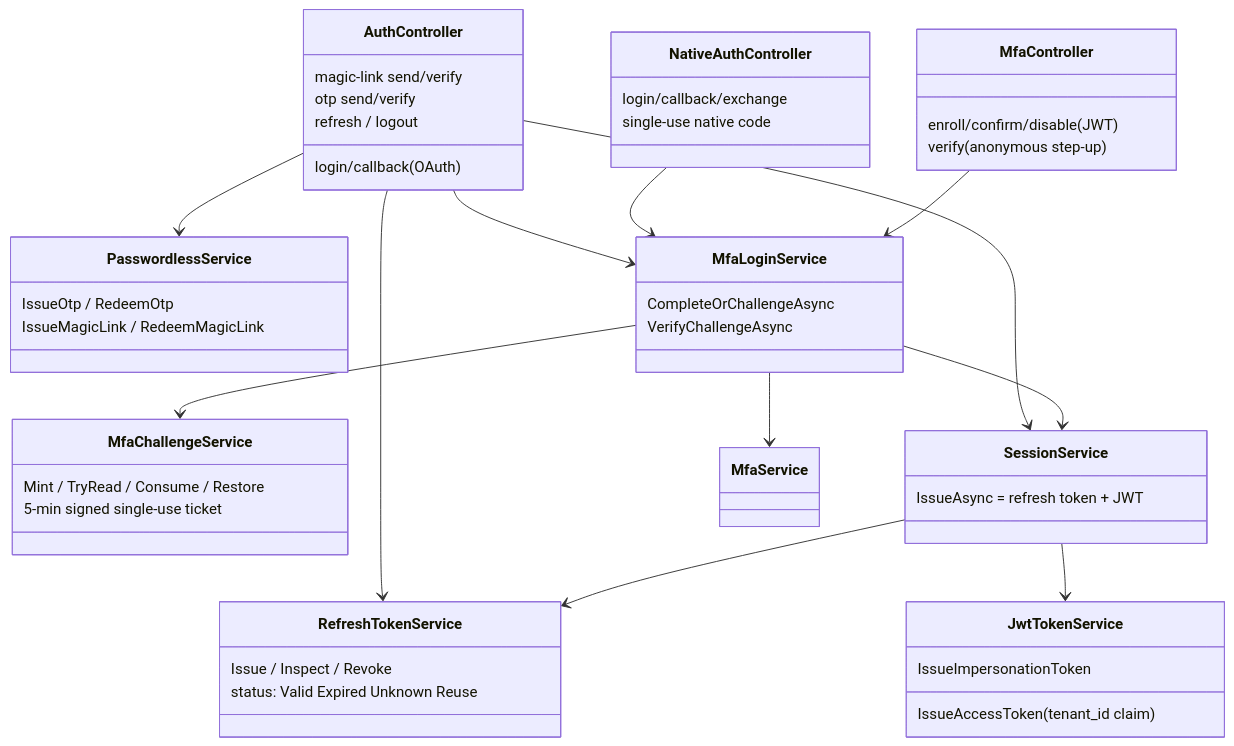
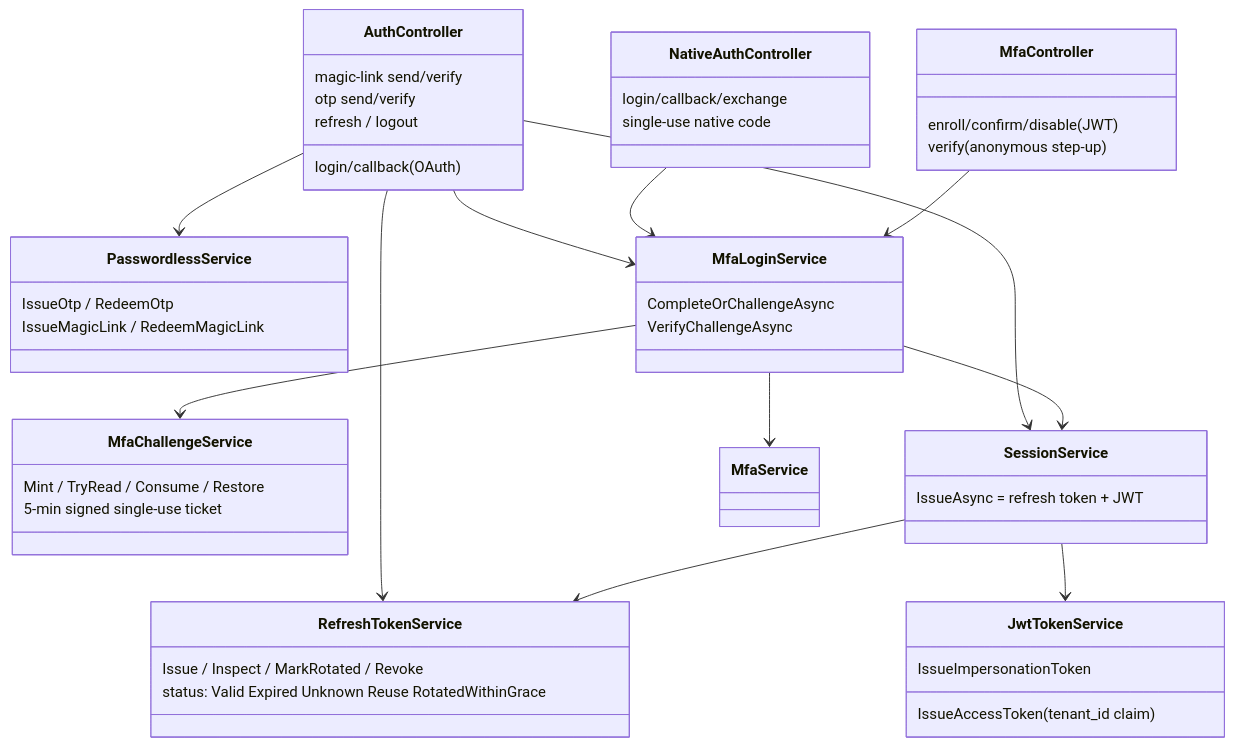
The fourth of 8 diagrams in docs/ARCHITECTURE.md (argamboad/vuelto), drawn with Mermaid before and after one commit. The commit also changed other lines of this file and 31 other files, not shown here.

````diff
--- a/docs/ARCHITECTURE.md
+++ b/docs/ARCHITECTURE.md
@@ -123,51 +123,51 @@
 ```mermaid
 classDiagram
     class AuthController {
         login/callback (OAuth)
         magic-link send/verify
         otp send/verify
         refresh / logout
     }
     class MfaController {
         enroll/confirm/disable (JWT)
         verify (anonymous step-up)
     }
     class NativeAuthController {
         login/callback/exchange
         single-use native code
     }
     class PasswordlessService {
         IssueOtp / RedeemOtp
         IssueMagicLink / RedeemMagicLink
     }
     class MfaLoginService {
         CompleteOrChallengeAsync
         VerifyChallengeAsync
     }
     class MfaChallengeService {
         Mint / TryRead / Consume / Restore
         5-min signed single-use ticket
     }
     class SessionService {
         IssueAsync = refresh token + JWT
     }
     class RefreshTokenService {
-        Issue / Inspect / Revoke
-        status: Valid Expired Unknown Reuse
+        Issue / Inspect / MarkRotated / Revoke
+        status: Valid Expired Unknown Reuse RotatedWithinGrace
     }
     class JwtTokenService {
         IssueAccessToken (tenant_id claim)
         IssueImpersonationToken
     }
     AuthController --> PasswordlessService
     AuthController --> MfaLoginService
     AuthController --> SessionService
     AuthController --> RefreshTokenService
     NativeAuthController --> MfaLoginService
     MfaController --> MfaLoginService
     MfaLoginService --> MfaChallengeService
     MfaLoginService --> MfaService
     MfaLoginService --> SessionService
     SessionService --> RefreshTokenService
     SessionService --> JwtTokenService
 ```
````
